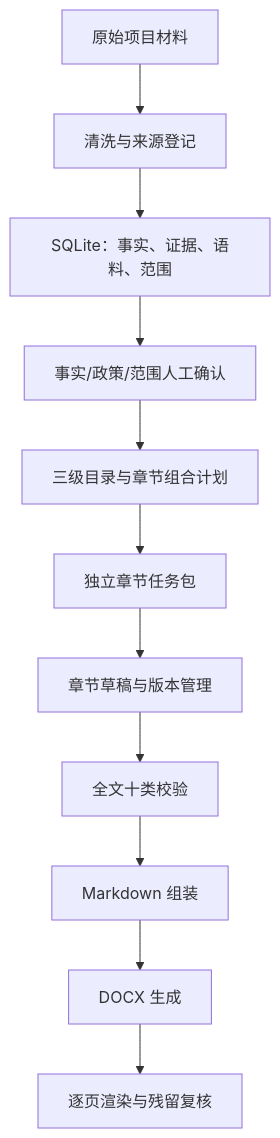
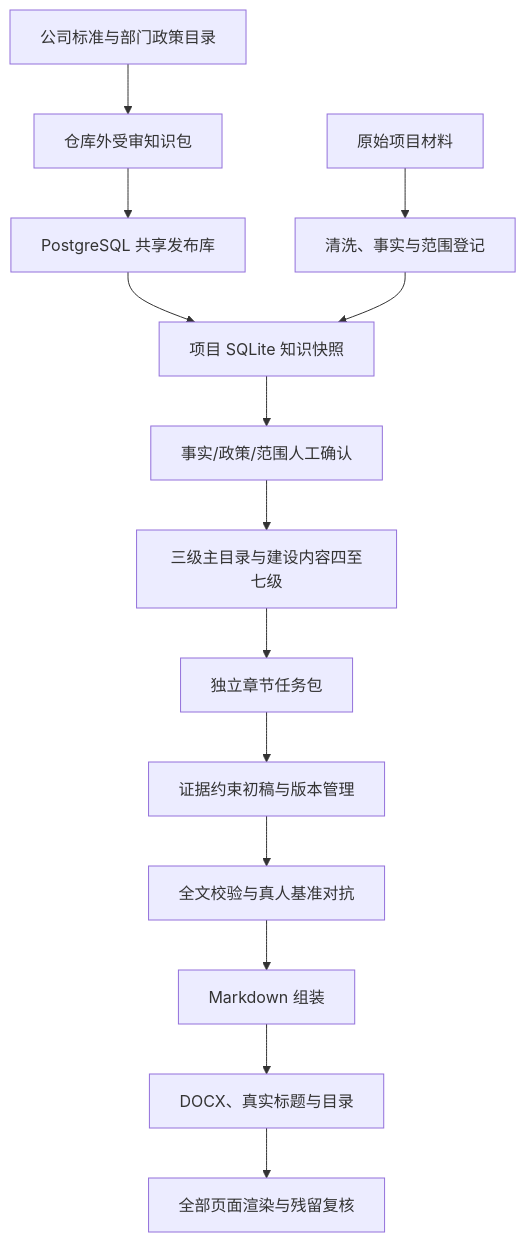
The diagram in README.md (AK51777/Build_Bsoft_Report), drawn with Mermaid before and after one commit. The commit also changed other lines of this file and 73 other files, not shown here.

````diff
--- a/README.md
+++ b/README.md
@@ -129,13 +252,16 @@
 ```mermaid
 flowchart TD
-    A["原始项目材料"] --> B["清洗与来源登记"]
-    B --> C["SQLite：事实、证据、语料、范围"]
-    C --> D["事实/政策/范围人工确认"]
-    D --> E["三级目录与章节组合计划"]
-    E --> F["独立章节任务包"]
-    F --> G["章节草稿与版本管理"]
-    G --> H["全文十类校验"]
-    H --> I["Markdown 组装"]
-    I --> J["DOCX 生成"]
-    J --> K["逐页渲染与残留复核"]
+    A["公司标准与部门政策目录"] --> B["仓库外受审知识包"]
+    B --> C["PostgreSQL 共享发布库"]
+    C --> D["项目 SQLite 知识快照"]
+    E["原始项目材料"] --> F["清洗、事实与范围登记"]
+    F --> D
+    D --> G["事实/政策/范围人工确认"]
+    G --> H["三级主目录与建设内容四至七级"]
+    H --> I["独立章节任务包"]
+    I --> J["证据约束初稿与版本管理"]
+    J --> K["全文校验与真人基准对抗"]
+    K --> L["Markdown 组装"]
+    L --> M["DOCX、真实标题与目录"]
+    M --> N["全部页面渲染与残留复核"]
 ```
````
